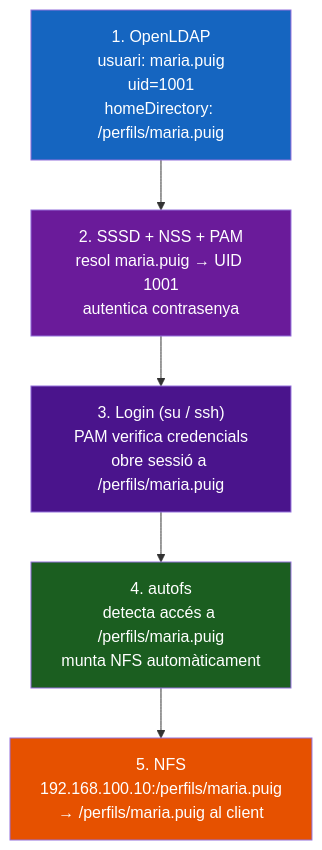
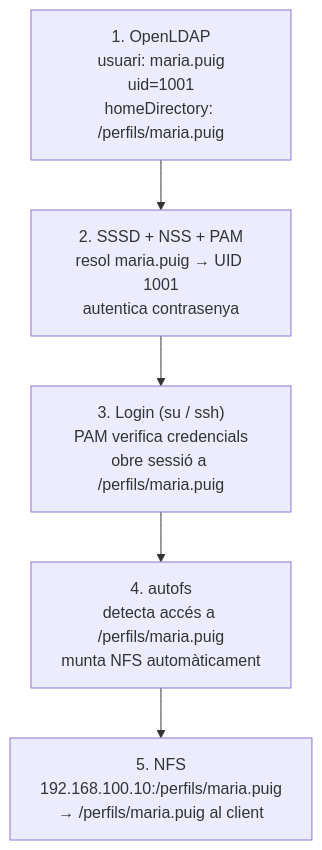
The diagram in docs/ut2/bloc8-perfils-mobils/38-estructura-perfils-linux.md (xtartera/TartyDocs), drawn with Mermaid before and after one commit. The commit also changed 15 other files, not shown here.

First line of the commit message:
ut2: elimina style directives dels diagrames mermaid (18 fitxers)

````diff
--- a/docs/ut2/bloc8-perfils-mobils/38-estructura-perfils-linux.md
+++ b/docs/ut2/bloc8-perfils-mobils/38-estructura-perfils-linux.md
@@ -30,14 +30,9 @@
     ```mermaid
     flowchart TD
         LDAP["1. OpenLDAP\nusuari: maria.puig\nuid=1001\nhomeDirectory: /perfils/maria.puig"] --> SSSD
         SSSD["2. SSSD + NSS + PAM\nresol maria.puig → UID 1001\nautentica contrasenya"] --> PAM
         PAM["3. Login (su / ssh)\nPAM verifica credencials\nobre sessió a /perfils/maria.puig"] --> AUTOFS
         AUTOFS["4. autofs\ndetecta accés a /perfils/maria.puig\nmunta NFS automàticament"] --> NFS
         NFS["5. NFS\n192.168.100.10:/perfils/maria.puig\n→ /perfils/maria.puig al client"]
 
-        style LDAP fill:#1565C0,color:#fff
-        style SSSD fill:#6A1B9A,color:#fff
-        style PAM fill:#4A148C,color:#fff
-        style AUTOFS fill:#1B5E20,color:#fff
-        style NFS fill:#E65100,color:#fff
     ```
````
